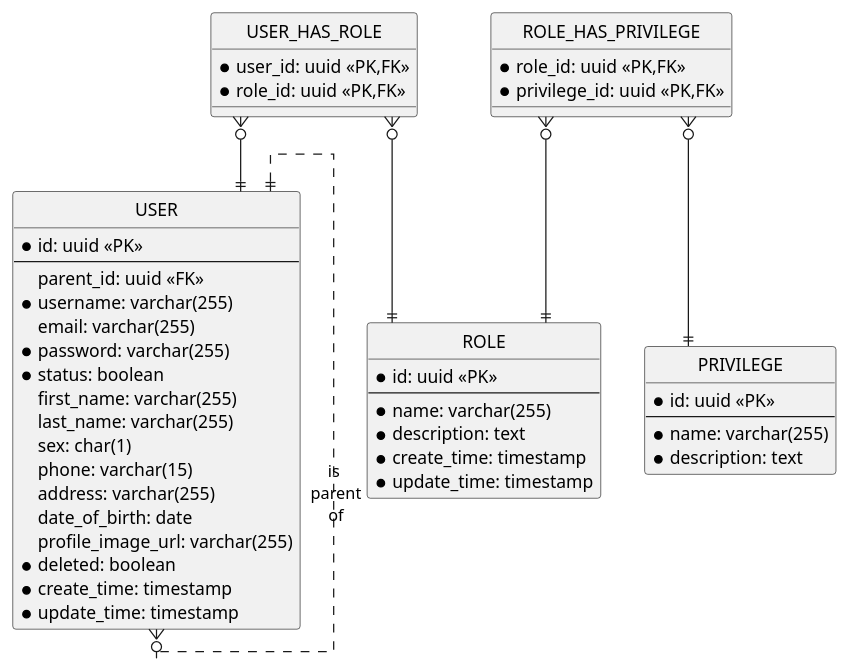
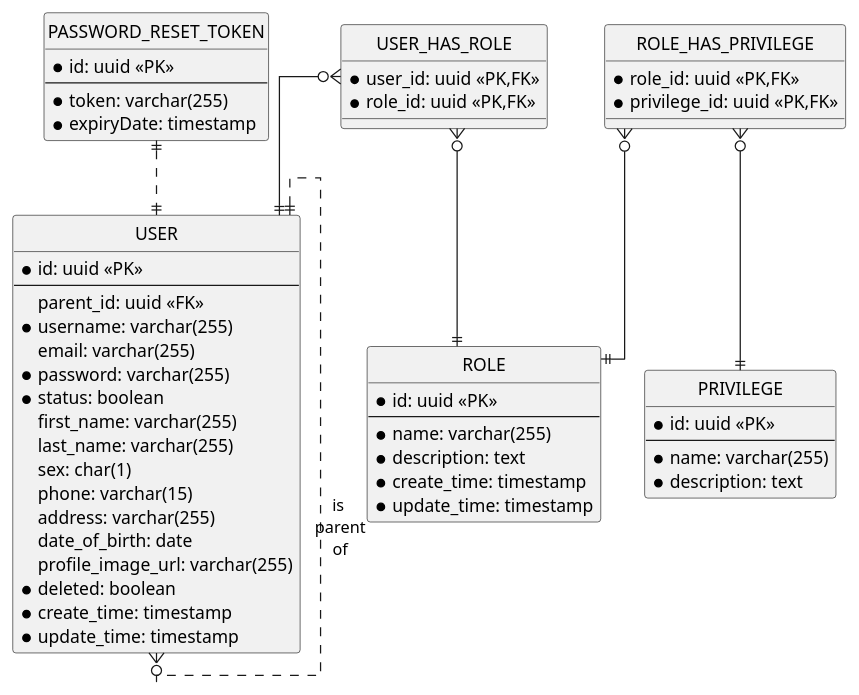
One commit to chungnguyenbkcse/ERD-USECASE-KIDSDRAWING changed the first of 12 diagrams in erd.md. Above: the diagram before and after it, drawn with PlantUML. The commit also changed other lines of this file and 1 other file, not shown here.

Commit message:
add reset password token

````diff
--- a/erd.md
+++ b/erd.md
@@ -5,63 +5,71 @@
 ```plantuml
 @startuml user_service
 ' hide the spot
 hide circle
 
 ' avoid problems with angled crows feet
 skinparam linetype ortho
 
 entity "USER" as user {
     * id: uuid <<PK>>
     --
     parent_id: uuid <<FK>>
     * username: varchar(255)
     email: varchar(255)
     * password: varchar(255)
     * status: boolean 
     first_name: varchar(255)
     last_name: varchar(255)
     sex: char(1)
     phone: varchar(15)
     address: varchar(255)
     date_of_birth: date
     profile_image_url: varchar(255)
     * deleted: boolean
     * create_time: timestamp
     * update_time: timestamp
+}
+
+entity "PASSWORD_RESET_TOKEN" as password_reset_token {
+    * id: uuid <<PK>>
+    --
+    * token: varchar(255)
+    * expiryDate: timestamp
 }
 
 entity "ROLE" as role {
     * id: uuid <<PK>>
     --
     * name: varchar(255)
     * description: text
     * create_time: timestamp
     * update_time: timestamp
 }
 
 entity "PRIVILEGE" as privilege {
     * id: uuid <<PK>>
     --
     * name: varchar(255)
     * description: text
 }
 
 entity "USER_HAS_ROLE" as user_has_role {
     * user_id: uuid <<PK,FK>>
     * role_id: uuid <<PK,FK>>
 }
 
 entity "ROLE_HAS_PRIVILEGE" as role_has_privilege {
     * role_id: uuid <<PK,FK>>
     * privilege_id: uuid <<PK,FK>>
 }
 
 ' Authenticatin Relationship
 
 user ||..o{ user: is\n parent\n of
 user_has_role }o--|| user
+password_reset_token ||..|| user
 user_has_role }o--|| role
 role_has_privilege }o--|| role
 role_has_privilege }o--|| privilege
 @enduml
 ```
````
